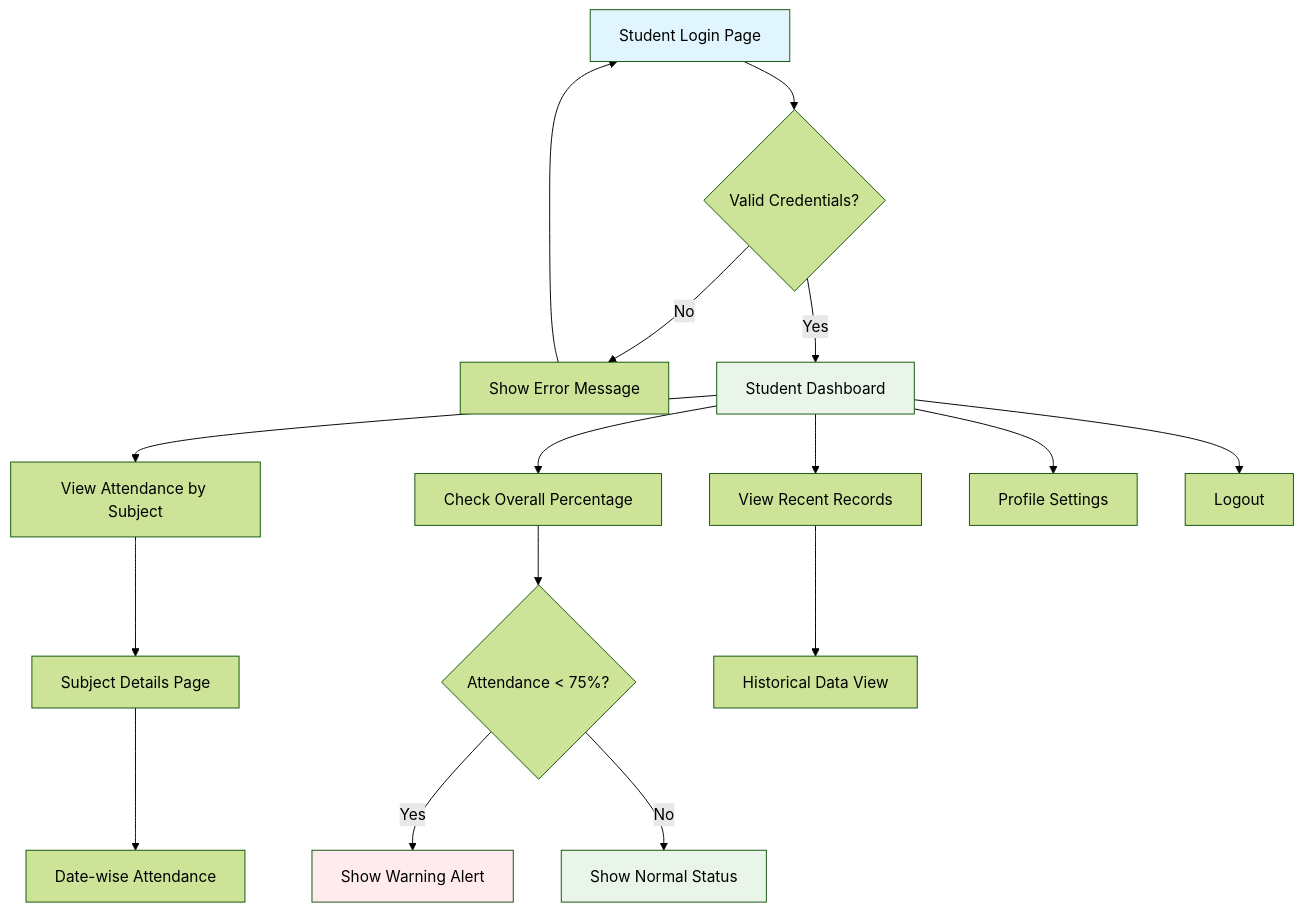
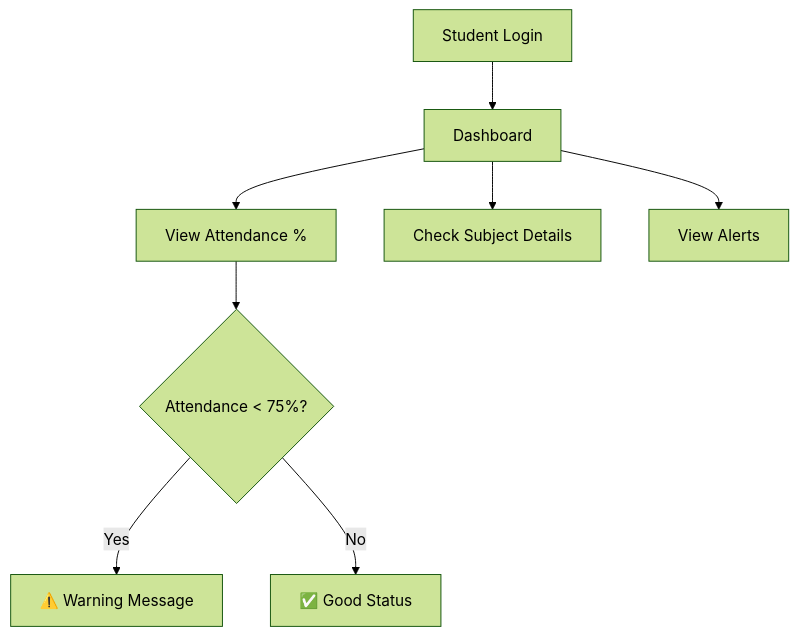
Before and after one commit to shahdhairyah/Attendance-system: the first of 3 diagrams in README.md, drawn with Mermaid (forest theme). The commit also changed other lines of this file, not shown here.

````diff
--- a/README.md
+++ b/README.md
@@ -96,23 +37,10 @@
 ```mermaid
-graph TD
-    A[Student Login Page] --> B{Valid Credentials?}
-    B -->|No| C[Show Error Message]
-    C --> A
-    B -->|Yes| D[Student Dashboard]
-    D --> E[View Attendance by Subject]
-    D --> F[Check Overall Percentage]
-    D --> G[View Recent Records]
-    E --> H[Subject Details Page]
-    H --> I[Date-wise Attendance]
-    F --> J{Attendance < 75%?}
-    J -->|Yes| K[Show Warning Alert]
-    J -->|No| L[Show Normal Status]
-    G --> M[Historical Data View]
-    D --> N[Profile Settings]
-    D --> O[Logout]
-    
-    style A fill:#e1f5fe
-    style D fill:#e8f5e8
-    style K fill:#ffebee
-    style L fill:#e8f5e8
+flowchart TD
+    A[Student Login] --> B[Dashboard]
+    B --> C[View Attendance %]
+    B --> D[Check Subject Details]
+    B --> E[View Alerts]
+    C --> F{Attendance < 75%?}
+    F -->|Yes| G[⚠️ Warning Message]
+    F -->|No| H[✅ Good Status]
 ```
````
